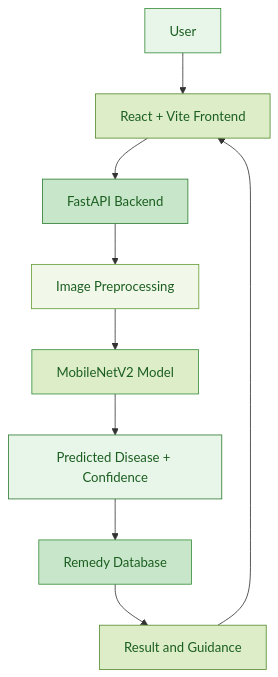
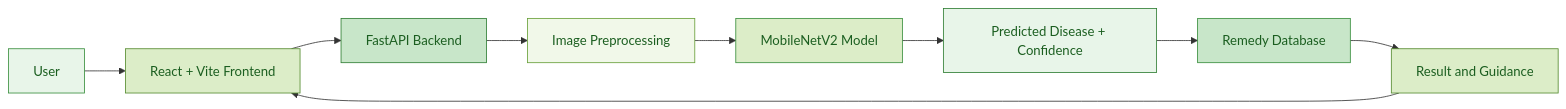
The first of 2 diagrams in README.md (Sourish-git/PlantRx-Plant-Disease-Classification-and-Guidance-System), drawn with Mermaid before and after one commit. The commit also changed other lines of this file, not shown here.

````diff
--- a/README.md
+++ b/README.md
@@ -88,20 +89,20 @@
 ```mermaid
-flowchart TD
+flowchart LR
     A["User"] --> B["React + Vite Frontend"]
     B --> C["FastAPI Backend"]
     C --> D["Image Preprocessing"]
     D --> E["MobileNetV2 Model"]
     E --> F["Predicted Disease + Confidence"]
     F --> G["Remedy Database"]
     G --> H["Result and Guidance"]
     H --> B
 
     style A fill:#e8f5e9,stroke:#388e3c,color:#1b5e20
     style B fill:#dcedc8,stroke:#558b2f,color:#1b5e20
     style C fill:#c8e6c9,stroke:#2e7d32,color:#1b5e20
     style D fill:#f1f8e9,stroke:#689f38,color:#1b5e20
     style E fill:#dcedc8,stroke:#388e3c,color:#1b5e20
     style F fill:#e8f5e9,stroke:#2e7d32,color:#1b5e20
     style G fill:#c8e6c9,stroke:#388e3c,color:#1b5e20
     style H fill:#dcedc8,stroke:#558b2f,color:#1b5e20
 ```
````
